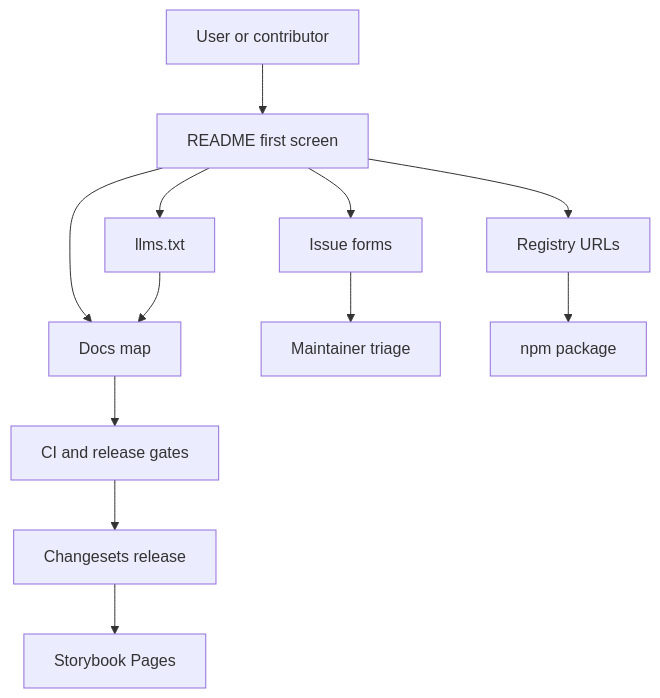
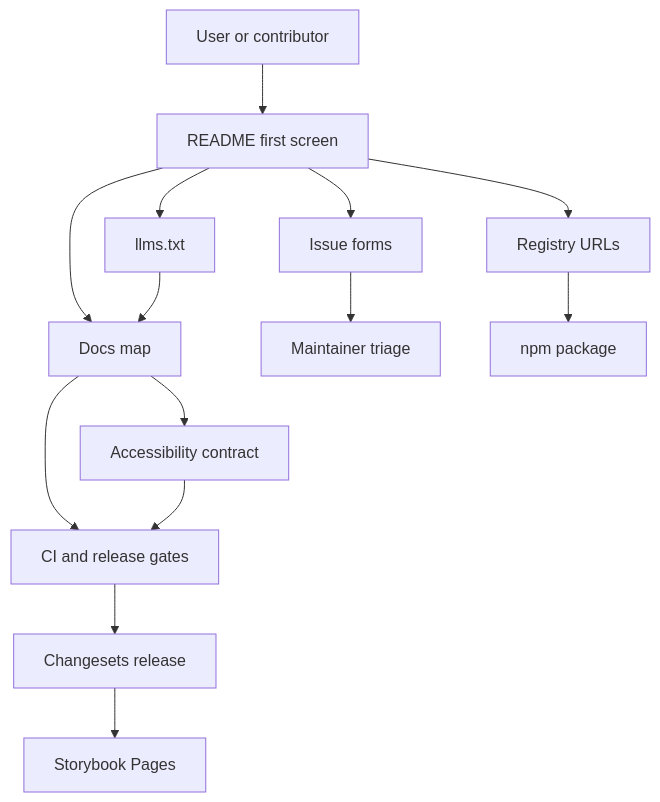
Before and after one commit to clean99/liquid-glass: the first of 2 diagrams in docs/open-source-governance.md, drawn with Mermaid. The commit also changed other lines of this file and 19 other files, not shown here.

Commit message:
Document accessibility contract and focus tokens

````diff
--- a/docs/open-source-governance.md
+++ b/docs/open-source-governance.md
@@ -20,14 +20,16 @@
 ```mermaid
 flowchart TD
   User["User or contributor"] --> Readme["README first screen"]
   Readme --> Docs["Docs map"]
   Readme --> Agent["llms.txt"]
   Readme --> Issues["Issue forms"]
   Readme --> Registry["Registry URLs"]
+  Docs --> Accessibility["Accessibility contract"]
   Issues --> Triage["Maintainer triage"]
   Registry --> Package["npm package"]
   Docs --> CI["CI and release gates"]
+  Accessibility --> CI
   Agent --> Docs
   CI --> Release["Changesets release"]
   Release --> Pages["Storybook Pages"]
 ```
````
